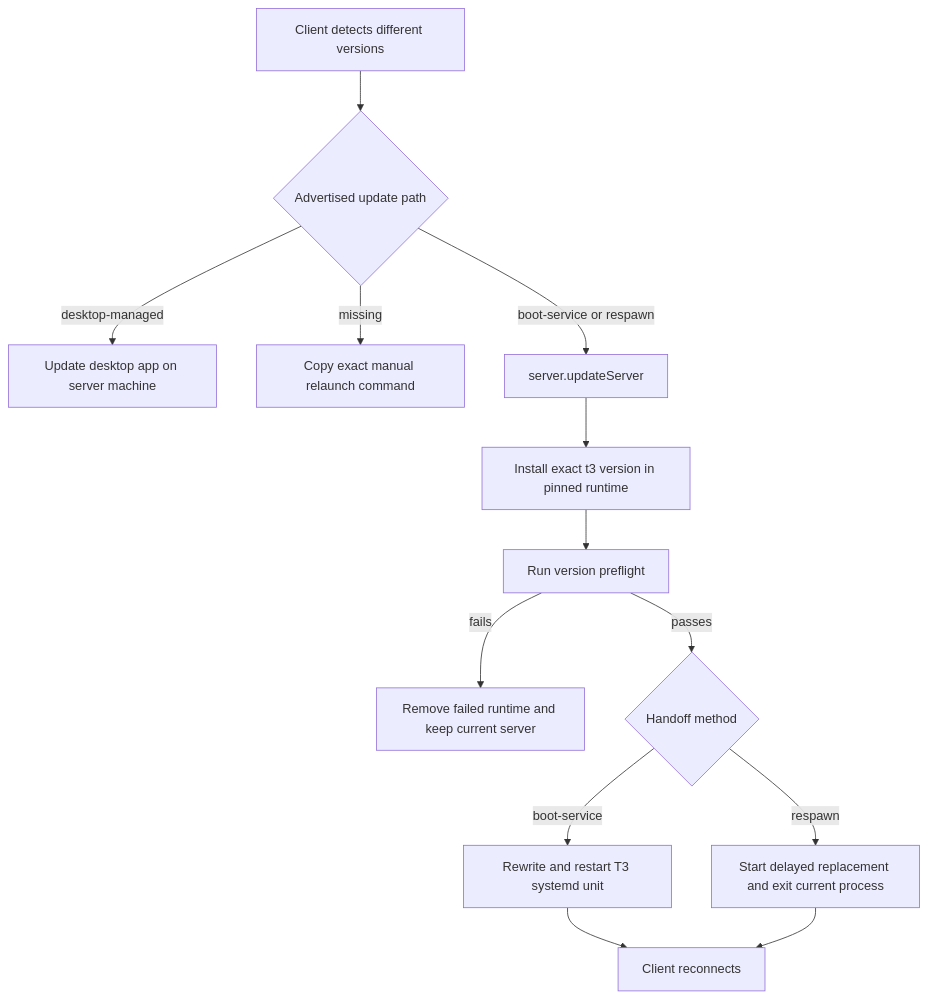
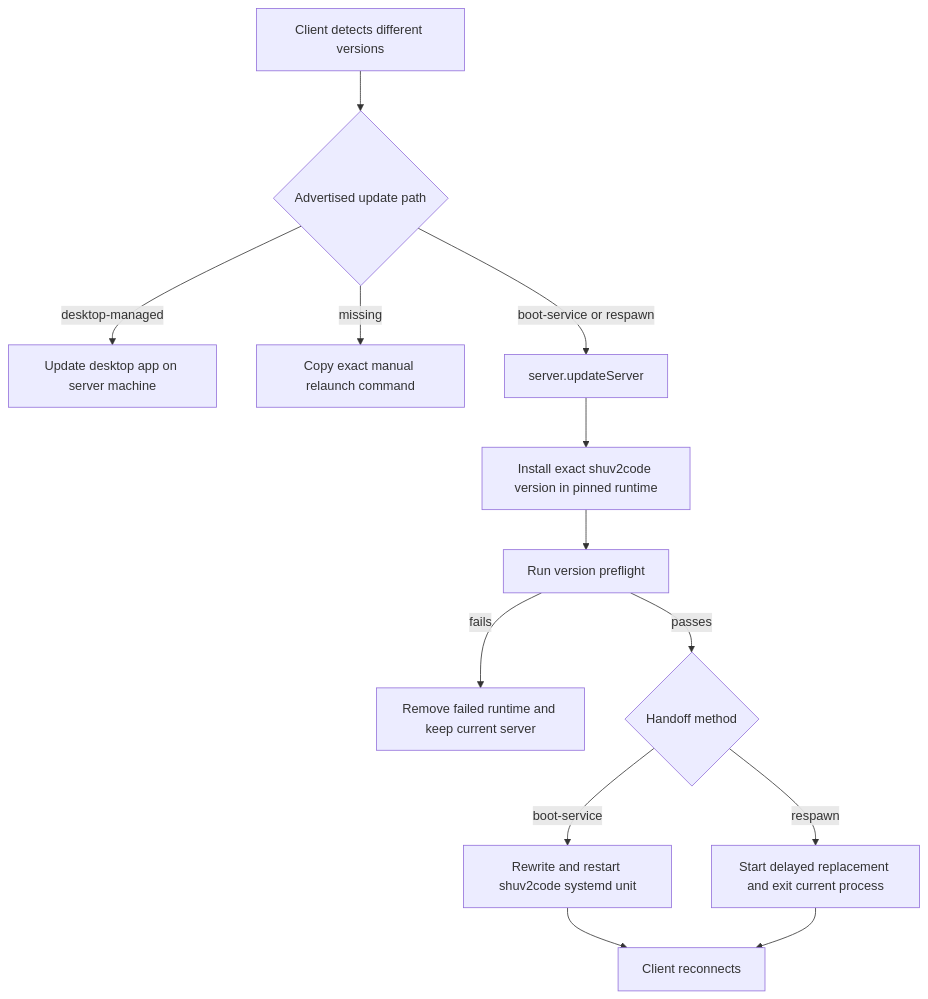
One commit to shuv1337/shuv2code changed the diagram in docs/architecture/server-updates.md. Above: the diagram before and after it, drawn with Mermaid. The commit also changed other lines of this file and 1881 other files, not shown here.

Commit message:
feat: rebrand as shuv2code

````diff
--- a/docs/architecture/server-updates.md
+++ b/docs/architecture/server-updates.md
@@ -49,15 +49,15 @@
 ```mermaid
 flowchart TD
     A[Client detects different versions] --> B{Advertised update path}
     B -->|desktop-managed| C[Update desktop app on server machine]
     B -->|missing| D[Copy exact manual relaunch command]
     B -->|boot-service or respawn| E[server.updateServer]
-    E --> F[Install exact t3 version in pinned runtime]
+    E --> F[Install exact shuv2code version in pinned runtime]
     F --> G[Run version preflight]
     G -->|fails| H[Remove failed runtime and keep current server]
     G -->|passes| I{Handoff method}
-    I -->|boot-service| J[Rewrite and restart T3 systemd unit]
+    I -->|boot-service| J[Rewrite and restart shuv2code systemd unit]
     I -->|respawn| K[Start delayed replacement and exit current process]
     J --> L[Client reconnects]
     K --> L
 ```
````
